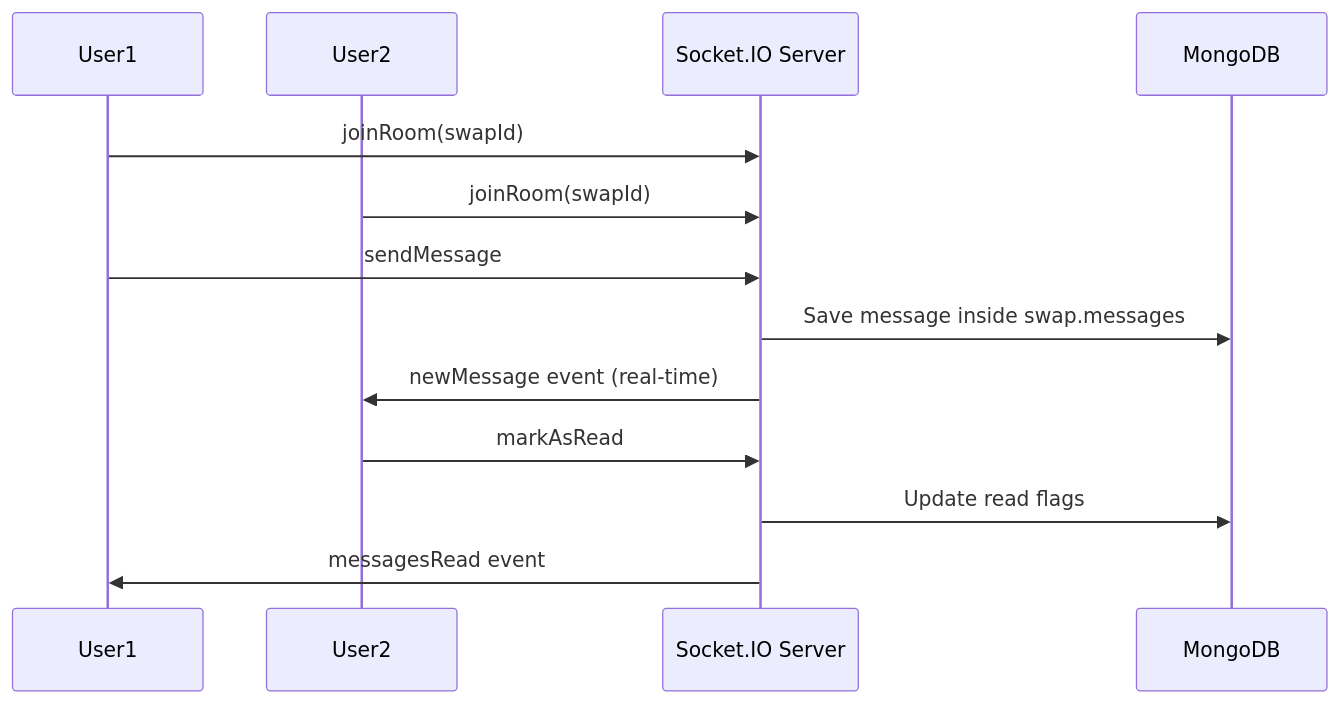
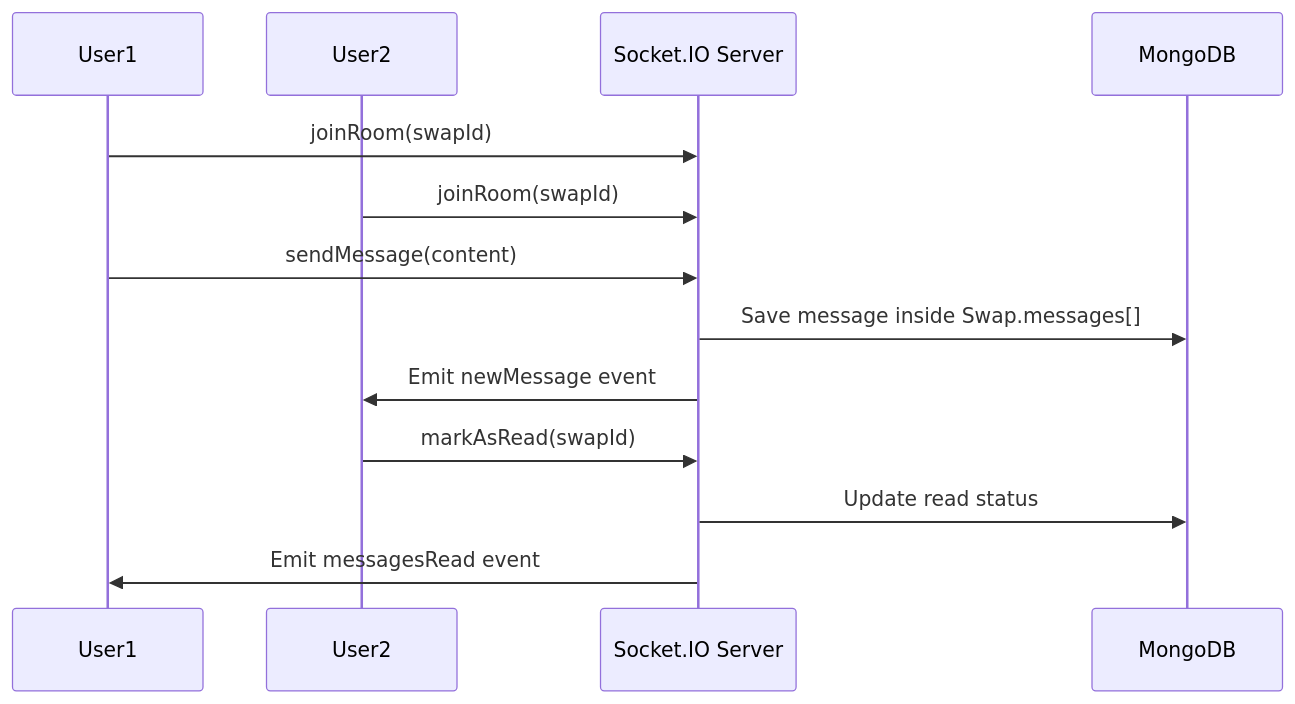
Before and after one commit to Saicharan-nukala/SkillSwap: the fifth of 5 diagrams in README.md, drawn with Mermaid. The commit also changed other lines of this file, not shown here.

````diff
--- a/README.md
+++ b/README.md
@@ -562,18 +572,19 @@
 ```mermaid
 sequenceDiagram
     participant User1
     participant User2
     participant Socket as Socket.IO Server
     participant DB as MongoDB
 
     User1->>Socket: joinRoom(swapId)
     User2->>Socket: joinRoom(swapId)
 
-    User1->>Socket: sendMessage
-    Socket->>DB: Save message inside swap.messages
-    Socket->>User2: newMessage event (real-time)
+    User1->>Socket: sendMessage(content)
+    Socket->>DB: Save message inside Swap.messages[]
+    Socket->>User2: Emit newMessage event
 
-    User2->>Socket: markAsRead
-    Socket->>DB: Update read flags
-    Socket->>User1: messagesRead event
+    User2->>Socket: markAsRead(swapId)
+    Socket->>DB: Update read status
+    Socket->>User1: Emit messagesRead event
+
 ```
````
